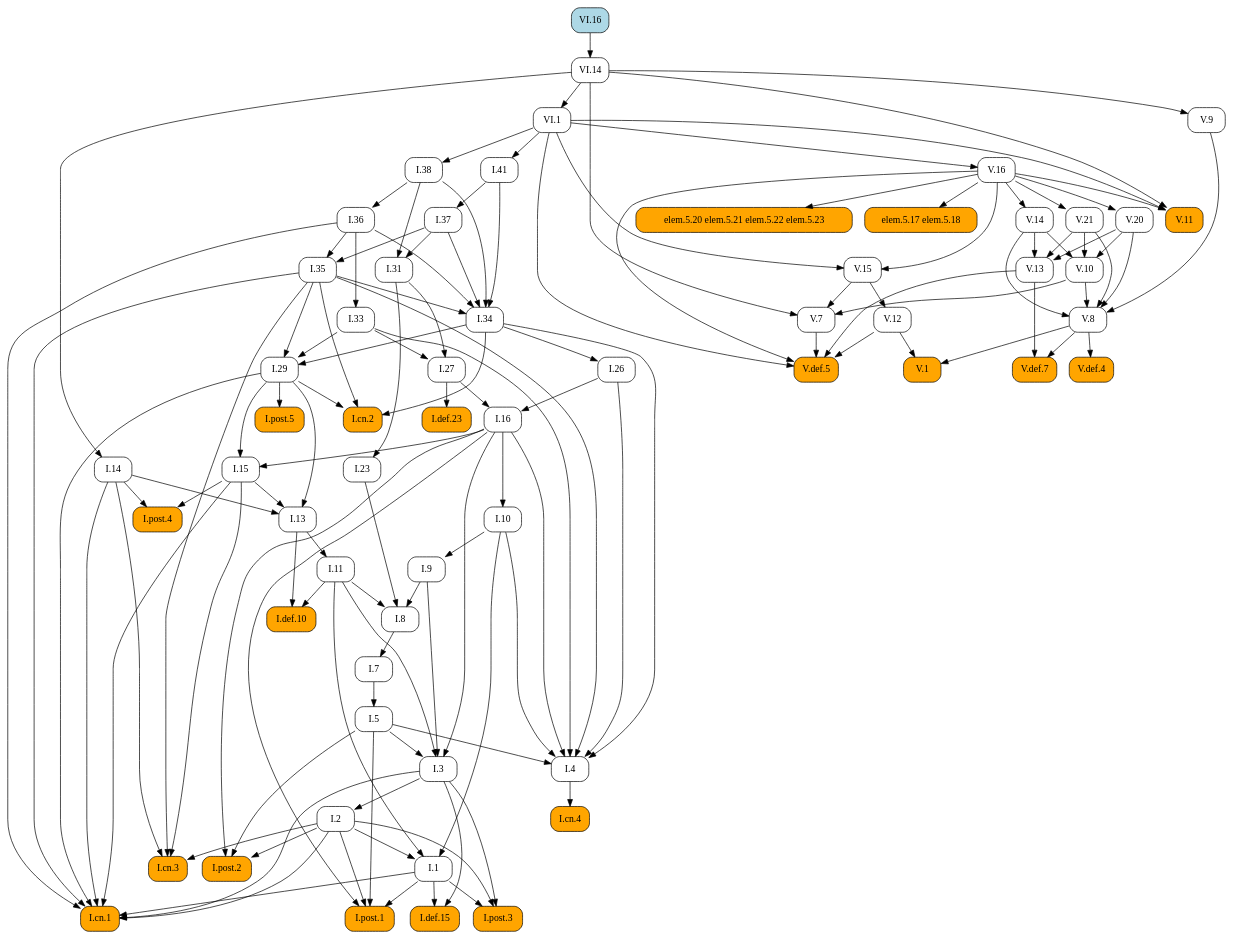
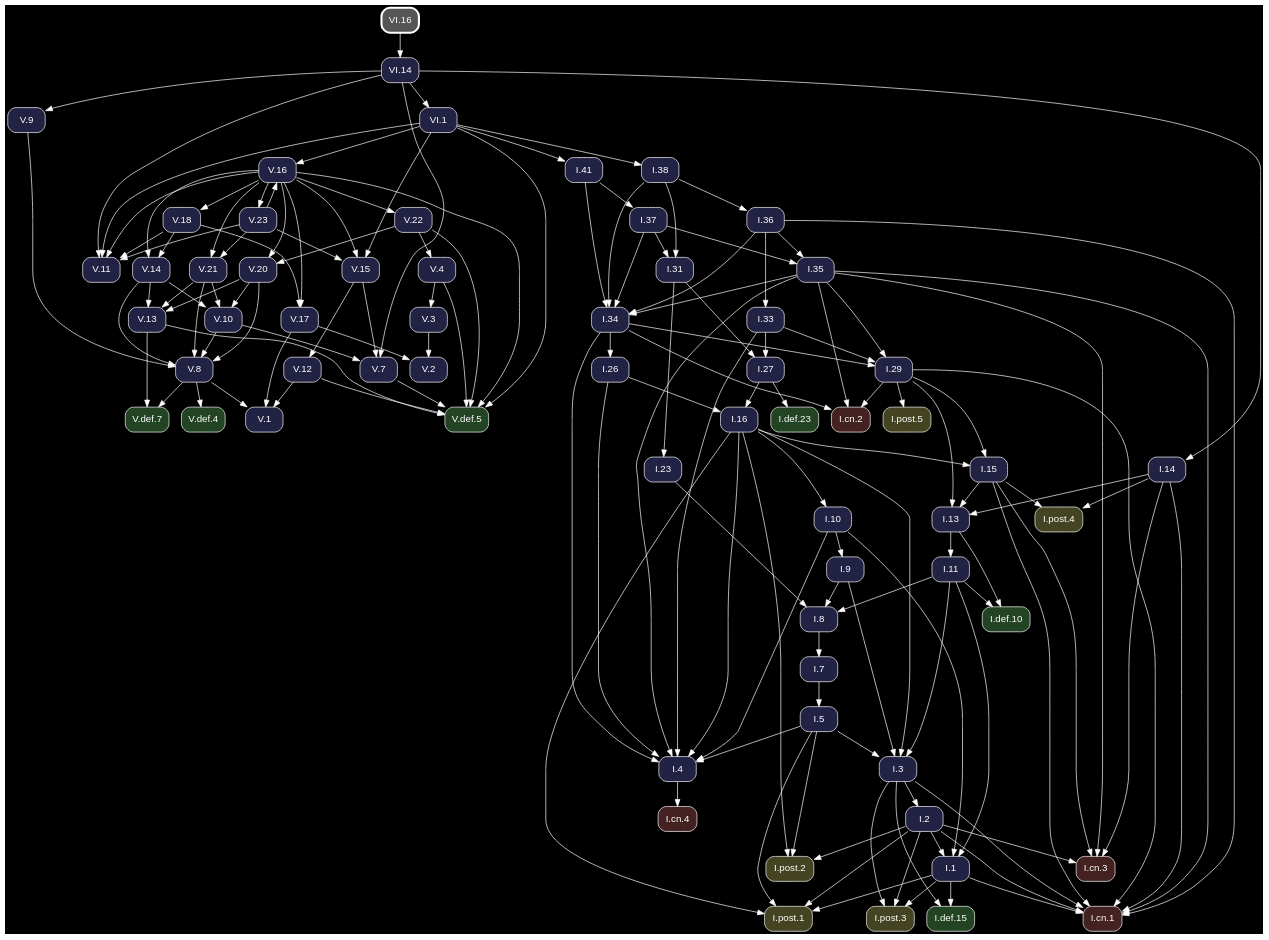
The diagram in docsrc/heath/VI/16/index.rst (geometor/elements), drawn with Graphviz before and after one commit. The commit also changed other lines of this file and 1200 other files, not shown here.

Commit message:
update dependency graphs

```diff
--- a/docsrc/heath/VI/16/index.rst
+++ b/docsrc/heath/VI/16/index.rst
@@ -57,123 +57,92 @@
 .. graphviz::
 
    digraph {
+     bgcolor="black";
+     node [shape=box, style="rounded,filled", fontname="Helvetica", color="white", fontcolor="white"];
+     edge [color="white", fontcolor="white"];
      rankdir="TB";
-     node [shape=box, style=rounded];
-     "V.16" [URL="/heath/V/16/", target="_top"];
-     "I.23" [URL="/heath/I/23/", target="_top"];
-     "I.9" [URL="/heath/I/9/", target="_top"];
-     "I.33" [URL="/heath/I/33/", target="_top"];
-     "VI.16" [style="rounded,filled", fillcolor=lightblue, URL="/heath/VI/16/", target="_top"];
-     "I.def.15" [style="rounded,filled", fillcolor=orange, URL="/heath/I/def.15/", target="_top"];
-     "V.13" [URL="/heath/V/13/", target="_top"];
-     "V.7" [URL="/heath/V/7/", target="_top"];
-     "elem.5.17 elem.5.18" [style="rounded,filled", fillcolor=orange];
-     "I.post.3" [style="rounded,filled", fillcolor=orange, URL="/heath/I/post.3/", target="_top"];
-     "I.post.1" [style="rounded,filled", fillcolor=orange, URL="/heath/I/post.1/", target="_top"];
-     "V.14" [URL="/heath/V/14/", target="_top"];
-     "V.def.5" [style="rounded,filled", fillcolor=orange, URL="/heath/V/def.5/", target="_top"];
-     "V.9" [URL="/heath/V/9/", target="_top"];
-     "I.31" [URL="/heath/I/31/", target="_top"];
-     "I.def.10" [style="rounded,filled", fillcolor=orange, URL="/heath/I/def.10/", target="_top"];
-     "V.10" [URL="/heath/V/10/", target="_top"];
-     "VI.1" [URL="/heath/VI/1/", target="_top"];
-     "V.20" [URL="/heath/V/20/", target="_top"];
-     "VI.14" [URL="/heath/VI/14/", target="_top"];
-     "I.27" [URL="/heath/I/27/", target="_top"];
-     "I.14" [URL="/heath/I/14/", target="_top"];
-     "V.11" [style="rounded,filled", fillcolor=orange, URL="/heath/V/11/", target="_top"];
-     "I.34" [URL="/heath/I/34/", target="_top"];
-     "V.12" [URL="/heath/V/12/", target="_top"];
-     "I.3" [URL="/heath/I/3/", target="_top"];
-     "V.def.4" [style="rounded,filled", fillcolor=orange, URL="/heath/V/def.4/", target="_top"];
-     "I.35" [URL="/heath/I/35/", target="_top"];
-     "I.cn.1" [style="rounded,filled", fillcolor=orange, URL="/heath/I/cn.1/", target="_top"];
-     "V.def.7" [style="rounded,filled", fillcolor=orange, URL="/heath/V/def.7/", target="_top"];
-     "I.7" [URL="/heath/I/7/", target="_top"];
-     "V.21" [URL="/heath/V/21/", target="_top"];
-     "I.2" [URL="/heath/I/2/", target="_top"];
-     "I.36" [URL="/heath/I/36/", target="_top"];
-     "I.13" [URL="/heath/I/13/", target="_top"];
-     "I.post.4" [style="rounded,filled", fillcolor=orange, URL="/heath/I/post.4/", target="_top"];
-     "I.4" [URL="/heath/I/4/", target="_top"];
-     "I.1" [URL="/heath/I/1/", target="_top"];
-     "I.5" [URL="/heath/I/5/", target="_top"];
-     "I.37" [URL="/heath/I/37/", target="_top"];
-     "I.8" [URL="/heath/I/8/", target="_top"];
-     "I.cn.3" [style="rounded,filled", fillcolor=orange, URL="/heath/I/cn.3/", target="_top"];
-     "I.29" [URL="/heath/I/29/", target="_top"];
-     "I.16" [URL="/heath/I/16/", target="_top"];
-     "I.38" [URL="/heath/I/38/", target="_top"];
-     "V.8" [URL="/heath/V/8/", target="_top"];
-     "I.15" [URL="/heath/I/15/", target="_top"];
-     "V.1" [style="rounded,filled", fillcolor=orange, URL="/heath/V/1/", target="_top"];
-     "I.11" [URL="/heath/I/11/", target="_top"];
-     "I.def.23" [style="rounded,filled", fillcolor=orange, URL="/heath/I/def.23/", target="_top"];
-     "I.10" [URL="/heath/I/10/", target="_top"];
-     "I.cn.2" [style="rounded,filled", fillcolor=orange, URL="/heath/I/cn.2/", target="_top"];
-     "I.post.5" [style="rounded,filled", fillcolor=orange, URL="/heath/I/post.5/", target="_top"];
-     "I.cn.4" [style="rounded,filled", fillcolor=orange, URL="/heath/I/cn.4/", target="_top"];
-     "I.41" [URL="/heath/I/41/", target="_top"];
-     "V.15" [URL="/heath/V/15/", target="_top"];
-     "I.post.2" [style="rounded,filled", fillcolor=orange, URL="/heath/I/post.2/", target="_top"];
-     "I.26" [URL="/heath/I/26/", target="_top"];
-     "elem.5.20 elem.5.21 elem.5.22 elem.5.23" [style="rounded,filled", fillcolor=orange];
-     "VI.1" -> "V.16";
-     "I.31" -> "I.23";
-     "I.10" -> "I.9";
-     "I.36" -> "I.33";
-     "I.1" -> "I.def.15";
-     "I.3" -> "I.def.15";
-     "V.14" -> "V.13";
-     "V.20" -> "V.13";
-     "V.21" -> "V.13";
-     "V.10" -> "V.7";
-     "V.15" -> "V.7";
-     "VI.14" -> "V.7";
-     "V.16" -> "elem.5.17 elem.5.18";
-     "I.1" -> "I.post.3";
-     "I.2" -> "I.post.3";
-     "I.3" -> "I.post.3";
-     "I.1" -> "I.post.1";
-     "I.2" -> "I.post.1";
-     "I.5" -> "I.post.1";
-     "I.16" -> "I.post.1";
-     "V.16" -> "V.14";
+     "V.15" [fillcolor="#222244", URL="/heath/V/15/", target="_top"];
+     "V.def.5" [fillcolor="#224422", URL="/heath/V/def.5/", target="_top"];
+     "V.22" [fillcolor="#222244", URL="/heath/V/22/", target="_top"];
+     "I.31" [fillcolor="#222244", URL="/heath/I/31/", target="_top"];
+     "I.3" [fillcolor="#222244", URL="/heath/I/3/", target="_top"];
+     "V.12" [fillcolor="#222244", URL="/heath/V/12/", target="_top"];
+     "I.cn.1" [fillcolor="#442222", URL="/heath/I/cn.1/", target="_top"];
+     "I.def.10" [fillcolor="#224422", URL="/heath/I/def.10/", target="_top"];
+     "V.18" [fillcolor="#222244", URL="/heath/V/18/", target="_top"];
+     "V.14" [fillcolor="#222244", URL="/heath/V/14/", target="_top"];
+     "I.15" [fillcolor="#222244", URL="/heath/I/15/", target="_top"];
+     "I.13" [fillcolor="#222244", URL="/heath/I/13/", target="_top"];
+     "I.27" [fillcolor="#222244", URL="/heath/I/27/", target="_top"];
+     "V.23" [fillcolor="#222244", URL="/heath/V/23/", target="_top"];
+     "I.2" [fillcolor="#222244", URL="/heath/I/2/", target="_top"];
+     "I.41" [fillcolor="#222244", URL="/heath/I/41/", target="_top"];
+     "I.cn.2" [fillcolor="#442222", URL="/heath/I/cn.2/", target="_top"];
+     "I.9" [fillcolor="#222244", URL="/heath/I/9/", target="_top"];
+     "I.1" [fillcolor="#222244", URL="/heath/I/1/", target="_top"];
+     "I.post.5" [fillcolor="#444422", URL="/heath/I/post.5/", target="_top"];
+     "VI.14" [fillcolor="#222244", URL="/heath/VI/14/", target="_top"];
+     "I.post.4" [fillcolor="#444422", URL="/heath/I/post.4/", target="_top"];
+     "I.23" [fillcolor="#222244", URL="/heath/I/23/", target="_top"];
+     "I.26" [fillcolor="#222244", URL="/heath/I/26/", target="_top"];
+     "I.8" [fillcolor="#222244", URL="/heath/I/8/", target="_top"];
+     "I.4" [fillcolor="#222244", URL="/heath/I/4/", target="_top"];
+     "V.4" [fillcolor="#222244", URL="/heath/V/4/", target="_top"];
+     "V.16" [fillcolor="#222244", URL="/heath/V/16/", target="_top"];
+     "I.7" [fillcolor="#222244", URL="/heath/I/7/", target="_top"];
+     "V.7" [fillcolor="#222244", URL="/heath/V/7/", target="_top"];
+     "I.5" [fillcolor="#222244", URL="/heath/I/5/", target="_top"];
+     "V.9" [fillcolor="#222244", URL="/heath/V/9/", target="_top"];
+     "VI.1" [fillcolor="#222244", URL="/heath/VI/1/", target="_top"];
+     "I.10" [fillcolor="#222244", URL="/heath/I/10/", target="_top"];
+     "V.11" [fillcolor="#222244", URL="/heath/V/11/", target="_top"];
+     "V.def.7" [fillcolor="#224422", URL="/heath/V/def.7/", target="_top"];
+     "V.def.4" [fillcolor="#224422", URL="/heath/V/def.4/", target="_top"];
+     "V.20" [fillcolor="#222244", URL="/heath/V/20/", target="_top"];
+     "I.post.1" [fillcolor="#444422", URL="/heath/I/post.1/", target="_top"];
+     "I.11" [fillcolor="#222244", URL="/heath/I/11/", target="_top"];
+     "I.37" [fillcolor="#222244", URL="/heath/I/37/", target="_top"];
+     "I.16" [fillcolor="#222244", URL="/heath/I/16/", target="_top"];
+     "I.cn.3" [fillcolor="#442222", URL="/heath/I/cn.3/", target="_top"];
+     "I.36" [fillcolor="#222244", URL="/heath/I/36/", target="_top"];
+     "I.38" [fillcolor="#222244", URL="/heath/I/38/", target="_top"];
+     "I.29" [fillcolor="#222244", URL="/heath/I/29/", target="_top"];
+     "I.post.2" [fillcolor="#444422", URL="/heath/I/post.2/", target="_top"];
+     "VI.16" [penwidth=3, color="white", fillcolor="#555555", URL="/heath/VI/16/", target="_top"];
+     "I.cn.4" [fillcolor="#442222", URL="/heath/I/cn.4/", target="_top"];
+     "I.def.23" [fillcolor="#224422", URL="/heath/I/def.23/", target="_top"];
+     "I.14" [fillcolor="#222244", URL="/heath/I/14/", target="_top"];
+     "V.1" [fillcolor="#222244", URL="/heath/V/1/", target="_top"];
+     "I.35" [fillcolor="#222244", URL="/heath/I/35/", target="_top"];
+     "V.2" [fillcolor="#222244", URL="/heath/V/2/", target="_top"];
+     "I.post.3" [fillcolor="#444422", URL="/heath/I/post.3/", target="_top"];
+     "V.13" [fillcolor="#222244", URL="/heath/V/13/", target="_top"];
+     "V.8" [fillcolor="#222244", URL="/heath/V/8/", target="_top"];
+     "V.21" [fillcolor="#222244", URL="/heath/V/21/", target="_top"];
+     "I.33" [fillcolor="#222244", URL="/heath/I/33/", target="_top"];
+     "I.34" [fillcolor="#222244", URL="/heath/I/34/", target="_top"];
+     "I.def.15" [fillcolor="#224422", URL="/heath/I/def.15/", target="_top"];
+     "V.3" [fillcolor="#222244", URL="/heath/V/3/", target="_top"];
+     "V.17" [fillcolor="#222244", URL="/heath/V/17/", target="_top"];
+     "V.10" [fillcolor="#222244", URL="/heath/V/10/", target="_top"];
+     "V.16" -> "V.15";
+     "V.23" -> "V.15";
+     "VI.1" -> "V.15";
+     "V.4" -> "V.def.5";
      "V.7" -> "V.def.5";
      "V.12" -> "V.def.5";
      "V.13" -> "V.def.5";
      "V.16" -> "V.def.5";
+     "V.22" -> "V.def.5";
      "VI.1" -> "V.def.5";
-     "VI.14" -> "V.9";
+     "V.16" -> "V.22";
      "I.37" -> "I.31";
      "I.38" -> "I.31";
-     "I.11" -> "I.def.10";
-     "I.13" -> "I.def.10";
-     "V.14" -> "V.10";
-     "V.20" -> "V.10";
-     "V.21" -> "V.10";
-     "VI.14" -> "VI.1";
-     "V.16" -> "V.20";
-     "VI.16" -> "VI.14";
-     "I.31" -> "I.27";
-     "I.33" -> "I.27";
-     "VI.14" -> "I.14";
-     "V.16" -> "V.11";
-     "VI.1" -> "V.11";
-     "VI.14" -> "V.11";
-     "I.35" -> "I.34";
-     "I.36" -> "I.34";
-     "I.37" -> "I.34";
-     "I.38" -> "I.34";
-     "I.41" -> "I.34";
-     "V.15" -> "V.12";
      "I.5" -> "I.3";
      "I.9" -> "I.3";
      "I.11" -> "I.3";
      "I.16" -> "I.3";
-     "V.8" -> "V.def.4";
-     "I.36" -> "I.35";
-     "I.37" -> "I.35";
+     "V.15" -> "V.12";
      "I.1" -> "I.cn.1";
      "I.2" -> "I.cn.1";
      "I.3" -> "I.cn.1";
@@ -182,17 +151,37 @@
      "I.29" -> "I.cn.1";
      "I.35" -> "I.cn.1";
      "I.36" -> "I.cn.1";
-     "V.8" -> "V.def.7";
-     "V.13" -> "V.def.7";
-     "I.8" -> "I.7";
-     "V.16" -> "V.21";
-     "I.3" -> "I.2";
-     "I.38" -> "I.36";
+     "I.11" -> "I.def.10";
+     "I.13" -> "I.def.10";
+     "V.16" -> "V.18";
+     "V.16" -> "V.14";
+     "V.18" -> "V.14";
+     "I.16" -> "I.15";
+     "I.29" -> "I.15";
      "I.14" -> "I.13";
      "I.15" -> "I.13";
      "I.29" -> "I.13";
+     "I.31" -> "I.27";
+     "I.33" -> "I.27";
+     "V.16" -> "V.23";
+     "I.3" -> "I.2";
+     "VI.1" -> "I.41";
+     "I.29" -> "I.cn.2";
+     "I.34" -> "I.cn.2";
+     "I.35" -> "I.cn.2";
+     "I.10" -> "I.9";
+     "I.2" -> "I.1";
+     "I.10" -> "I.1";
+     "I.11" -> "I.1";
+     "I.29" -> "I.post.5";
+     "VI.16" -> "VI.14";
      "I.14" -> "I.post.4";
      "I.15" -> "I.post.4";
+     "I.31" -> "I.23";
+     "I.34" -> "I.26";
+     "I.9" -> "I.8";
+     "I.11" -> "I.8";
+     "I.23" -> "I.8";
      "I.5" -> "I.4";
      "I.10" -> "I.4";
      "I.16" -> "I.4";
@@ -200,47 +189,82 @@
      "I.33" -> "I.4";
      "I.34" -> "I.4";
      "I.35" -> "I.4";
-     "I.2" -> "I.1";
-     "I.10" -> "I.1";
-     "I.11" -> "I.1";
+     "V.22" -> "V.4";
+     "V.23" -> "V.16";
+     "VI.1" -> "V.16";
+     "I.8" -> "I.7";
+     "V.10" -> "V.7";
+     "V.15" -> "V.7";
+     "VI.14" -> "V.7";
      "I.7" -> "I.5";
+     "VI.14" -> "V.9";
+     "VI.14" -> "VI.1";
+     "I.16" -> "I.10";
+     "V.16" -> "V.11";
+     "V.18" -> "V.11";
+     "V.23" -> "V.11";
+     "VI.1" -> "V.11";
+     "VI.14" -> "V.11";
+     "V.8" -> "V.def.7";
+     "V.13" -> "V.def.7";
+     "V.8" -> "V.def.4";
+     "V.16" -> "V.20";
+     "V.22" -> "V.20";
+     "I.1" -> "I.post.1";
+     "I.2" -> "I.post.1";
+     "I.5" -> "I.post.1";
+     "I.16" -> "I.post.1";
+     "I.13" -> "I.11";
      "I.41" -> "I.37";
-     "I.9" -> "I.8";
-     "I.11" -> "I.8";
-     "I.23" -> "I.8";
+     "I.26" -> "I.16";
+     "I.27" -> "I.16";
      "I.2" -> "I.cn.3";
      "I.14" -> "I.cn.3";
      "I.15" -> "I.cn.3";
      "I.35" -> "I.cn.3";
+     "I.38" -> "I.36";
+     "VI.1" -> "I.38";
      "I.33" -> "I.29";
      "I.34" -> "I.29";
      "I.35" -> "I.29";
-     "I.26" -> "I.16";
-     "I.27" -> "I.16";
-     "VI.1" -> "I.38";
+     "I.2" -> "I.post.2";
+     "I.5" -> "I.post.2";
+     "I.16" -> "I.post.2";
+     "I.4" -> "I.cn.4";
+     "I.27" -> "I.def.23";
+     "VI.14" -> "I.14";
+     "V.8" -> "V.1";
+     "V.12" -> "V.1";
+     "V.17" -> "V.1";
+     "I.36" -> "I.35";
+     "I.37" -> "I.35";
+     "V.3" -> "V.2";
+     "V.17" -> "V.2";
+     "I.1" -> "I.post.3";
+     "I.2" -> "I.post.3";
+     "I.3" -> "I.post.3";
+     "V.14" -> "V.13";
+     "V.20" -> "V.13";
+     "V.21" -> "V.13";
      "V.9" -> "V.8";
      "V.10" -> "V.8";
      "V.14" -> "V.8";
      "V.20" -> "V.8";
      "V.21" -> "V.8";
-     "I.16" -> "I.15";
-     "I.29" -> "I.15";
-     "V.8" -> "V.1";
-     "V.12" -> "V.1";
-     "I.13" -> "I.11";
-     "I.27" -> "I.def.23";
-     "I.16" -> "I.10";
-     "I.29" -> "I.cn.2";
-     "I.34" -> "I.cn.2";
-     "I.35" -> "I.cn.2";
-     "I.29" -> "I.post.5";
-     "I.4" -> "I.cn.4";
-     "VI.1" -> "I.41";
-     "V.16" -> "V.15";
-     "VI.1" -> "V.15";
-     "I.2" -> "I.post.2";
-     "I.5" -> "I.post.2";
-     "I.16" -> "I.post.2";
-     "I.34" -> "I.26";
-     "V.16" -> "elem.5.20 elem.5.21 elem.5.22 elem.5.23";
+     "V.16" -> "V.21";
+     "V.23" -> "V.21";
+     "I.36" -> "I.33";
+     "I.35" -> "I.34";
+     "I.36" -> "I.34";
+     "I.37" -> "I.34";
+     "I.38" -> "I.34";
+     "I.41" -> "I.34";
+     "I.1" -> "I.def.15";
+     "I.3" -> "I.def.15";
+     "V.4" -> "V.3";
+     "V.16" -> "V.17";
+     "V.18" -> "V.17";
+     "V.14" -> "V.10";
+     "V.20" -> "V.10";
+     "V.21" -> "V.10";
    }
```
